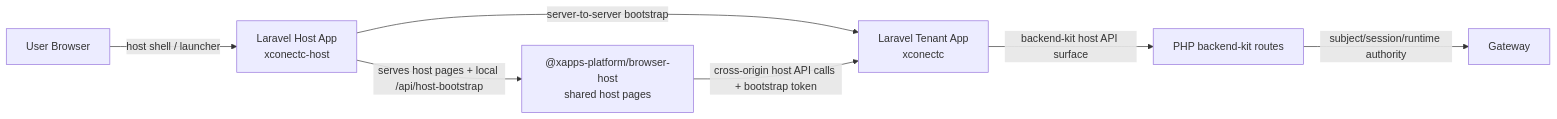
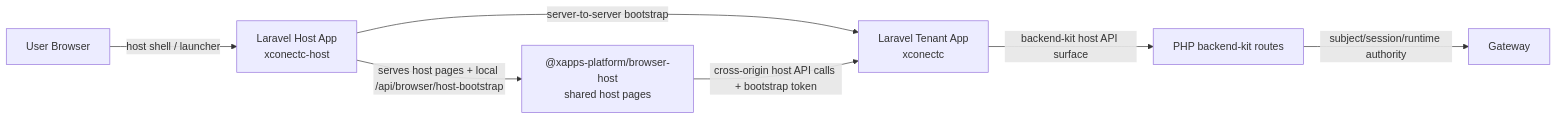
Before and after one commit to 0x730/xapps-examples: the second of 2 diagrams in apps/tenants/docs/tooling/laravel-integration-map.md, drawn with Mermaid. The commit also changed other lines of this file and 88 other files, not shown here.

````diff
--- a/apps/tenants/docs/tooling/laravel-integration-map.md
+++ b/apps/tenants/docs/tooling/laravel-integration-map.md
@@ -77,16 +77,16 @@
 ```mermaid
 flowchart LR
   U[User Browser]
   LH[Laravel Host App<br/>xconectc-host]
   BH["@xapps-platform/browser-host<br/>shared host pages"]
   LT[Laravel Tenant App<br/>xconectc]
   BK["PHP backend-kit routes"]
   GW[Gateway]
 
   U -->|host shell / launcher| LH
-  LH -->|serves host pages + local /api/host-bootstrap| BH
+  LH -->|serves host pages + local /api/browser/host-bootstrap| BH
   LH -->|server-to-server bootstrap| LT
   BH -->|cross-origin host API calls + bootstrap token| LT
   LT -->|backend-kit host API surface| BK
   BK -->|subject/session/runtime authority| GW
 ```
````
